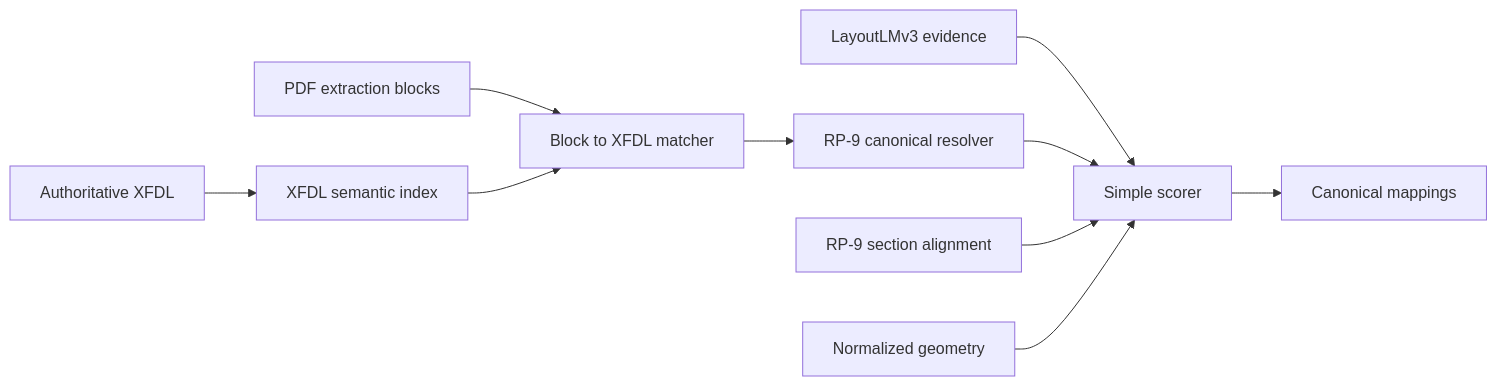
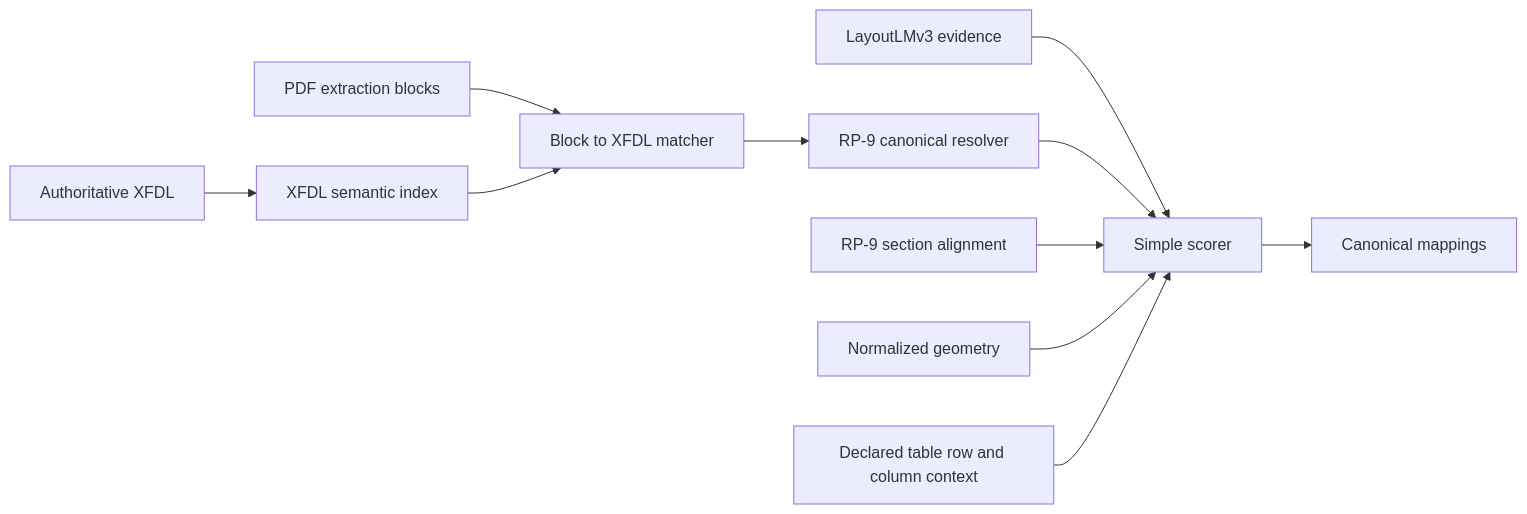
Before and after one commit to billhartnett/inchanted-forms-designer: the diagram in docs/xfdl-rp9-mapping-architecture.md, drawn with Mermaid. The commit also changed other lines of this file and 15 other files, not shown here.

````diff
--- a/docs/xfdl-rp9-mapping-architecture.md
+++ b/docs/xfdl-rp9-mapping-architecture.md
@@ -14,12 +14,13 @@
 ```mermaid
 flowchart LR
   A[Authoritative XFDL] --> B[XFDL semantic index]
   P[PDF extraction blocks] --> C[Block to XFDL matcher]
   B --> C
   C --> D[RP-9 canonical resolver]
   L[LayoutLMv3 evidence] --> E[Simple scorer]
   D --> E
   S[RP-9 section alignment] --> E
   G[Normalized geometry] --> E
+  T[Declared table row and column context] --> E
   E --> F[Canonical mappings]
 ```
````
